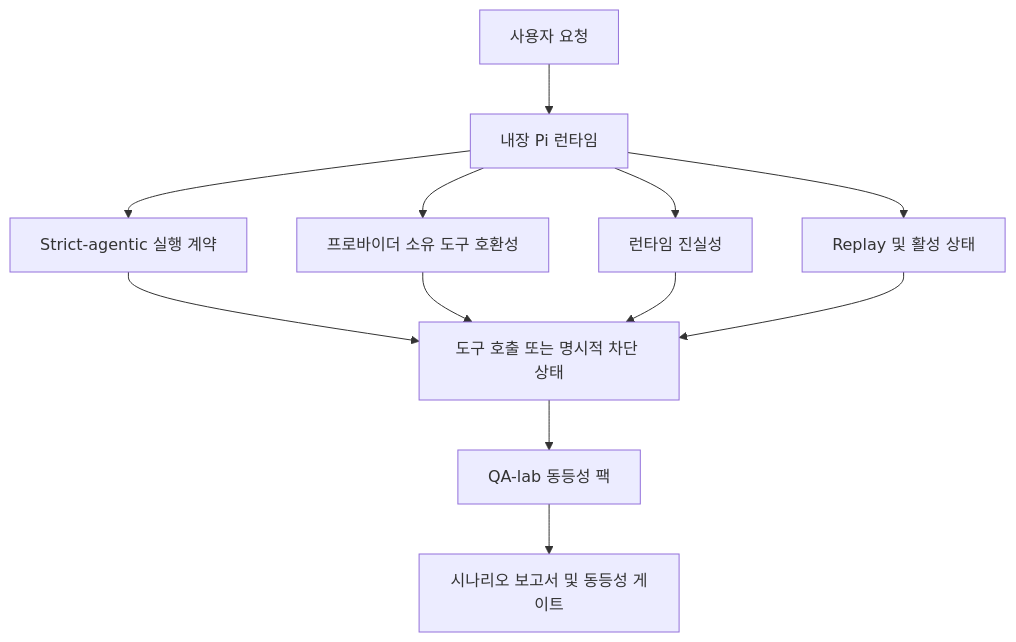
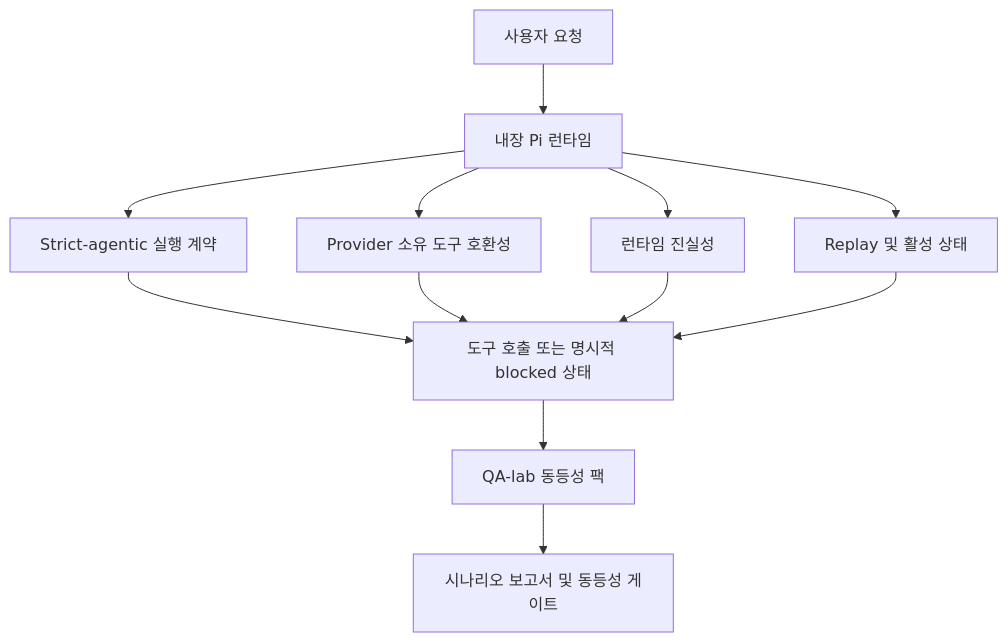
The first of 2 diagrams in docs/ko/help/gpt54-codex-agentic-parity.md (daichangya/openclaw-docs), drawn with Mermaid before and after one commit. The commit also changed other lines of this file and 440 other files, not shown here.

````diff
--- a/docs/ko/help/gpt54-codex-agentic-parity.md
+++ b/docs/ko/help/gpt54-codex-agentic-parity.md
@@ -116,14 +114,14 @@
 ```mermaid
 flowchart TD
     A["사용자 요청"] --> B["내장 Pi 런타임"]
     B --> C["Strict-agentic 실행 계약"]
-    B --> D["프로바이더 소유 도구 호환성"]
+    B --> D["Provider 소유 도구 호환성"]
     B --> E["런타임 진실성"]
     B --> F["Replay 및 활성 상태"]
-    C --> G["도구 호출 또는 명시적 차단 상태"]
+    C --> G["도구 호출 또는 명시적 blocked 상태"]
     D --> G
     E --> G
     F --> G
     G --> H["QA-lab 동등성 팩"]
     H --> I["시나리오 보고서 및 동등성 게이트"]
 ```
````
